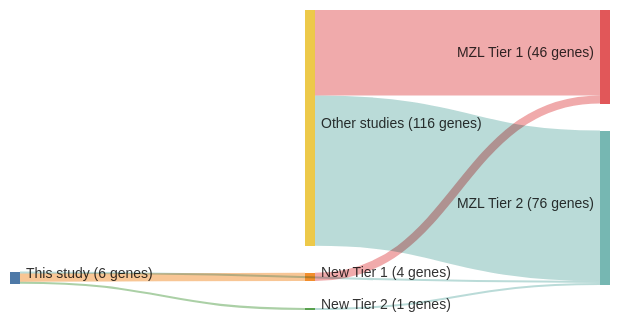
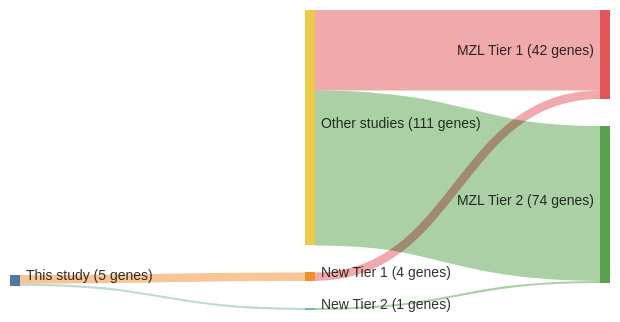
The diagram in papers/rossiAlterationBIRC3Multiple2011a.md (morinlab/lymphopedia), drawn with Mermaid before and after one commit. The commit also changed 81 other files, not shown here.

````diff
--- a/papers/rossiAlterationBIRC3Multiple2011a.md
+++ b/papers/rossiAlterationBIRC3Multiple2011a.md
@@ -12,21 +12,20 @@
 ```mermaid
 ---
 config:
     sankey:
         showValues: true
         linkColor: target
         width: 600
         height: 300
         nodeAlignment: right
         prefix: '('
         suffix: ' genes)'
 ---
 sankey-beta
 This study, New Tier 1, 4
 New Tier 1, MZL Tier 1, 4
-This study, MZL Tier 2, 1
 This study, New Tier 2, 1
 New Tier 2, MZL Tier 2, 1
-Other studies, MZL Tier 1, 42
-Other studies, MZL Tier 2, 74
+Other studies, MZL Tier 1, 38
+Other studies, MZL Tier 2, 73
 ```
````
